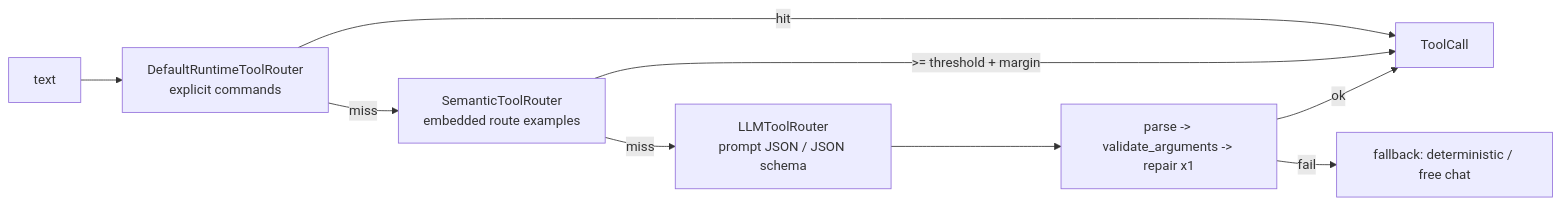
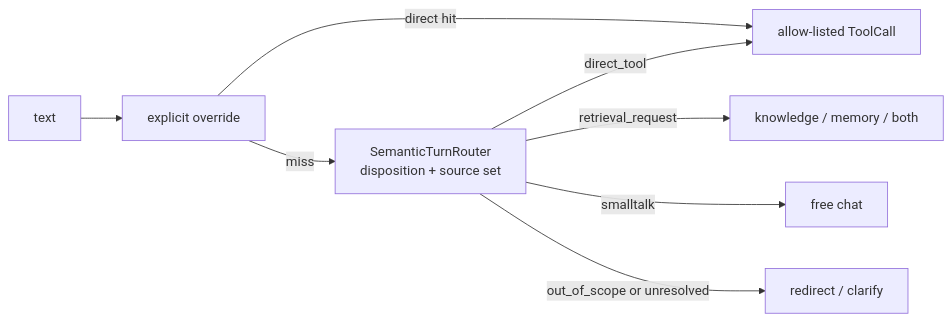
One commit to finalflash159/soca changed the second of 2 diagrams in docs/09-hybrid-rag-memory.md. Above: the diagram before and after it, drawn with Mermaid. The commit also changed other lines of this file and 4 other files, not shown here.

````diff
--- a/docs/09-hybrid-rag-memory.md
+++ b/docs/09-hybrid-rag-memory.md
@@ -103,11 +102,10 @@
 ```mermaid
 flowchart LR
-    T[text] --> D[DefaultRuntimeToolRouter<br/>explicit commands]
-    D -->|hit| OUT[ToolCall]
-    D -->|miss| S[SemanticToolRouter<br/>embedded route examples]
-    S -->|>= threshold + margin| OUT
-    S -->|miss| L[LLMToolRouter<br/>prompt JSON / JSON schema]
-    L --> P[parse -> validate_arguments -> repair x1]
-    P -->|ok| OUT
-    P -->|fail| D2[fallback: deterministic / free chat]
+    T[text] --> D[explicit override]
+    D -->|direct hit| OUT[allow-listed ToolCall]
+    D -->|miss| S[SemanticTurnRouter<br/>disposition + source set]
+    S -->|direct_tool| OUT
+    S -->|retrieval_request| R[knowledge / memory / both]
+    S -->|smalltalk| CHAT[free chat]
+    S -->|out_of_scope or unresolved| STOP[redirect / clarify]
 ```
````
